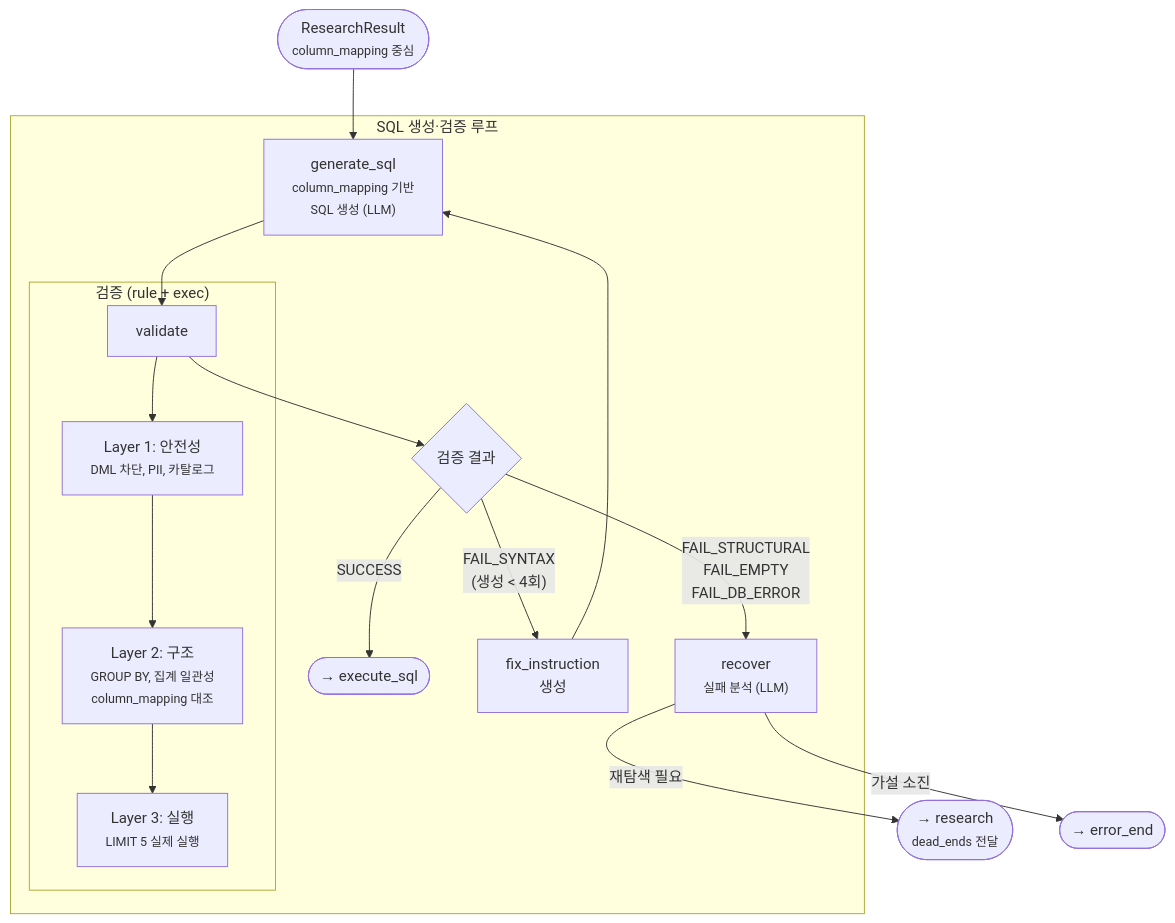
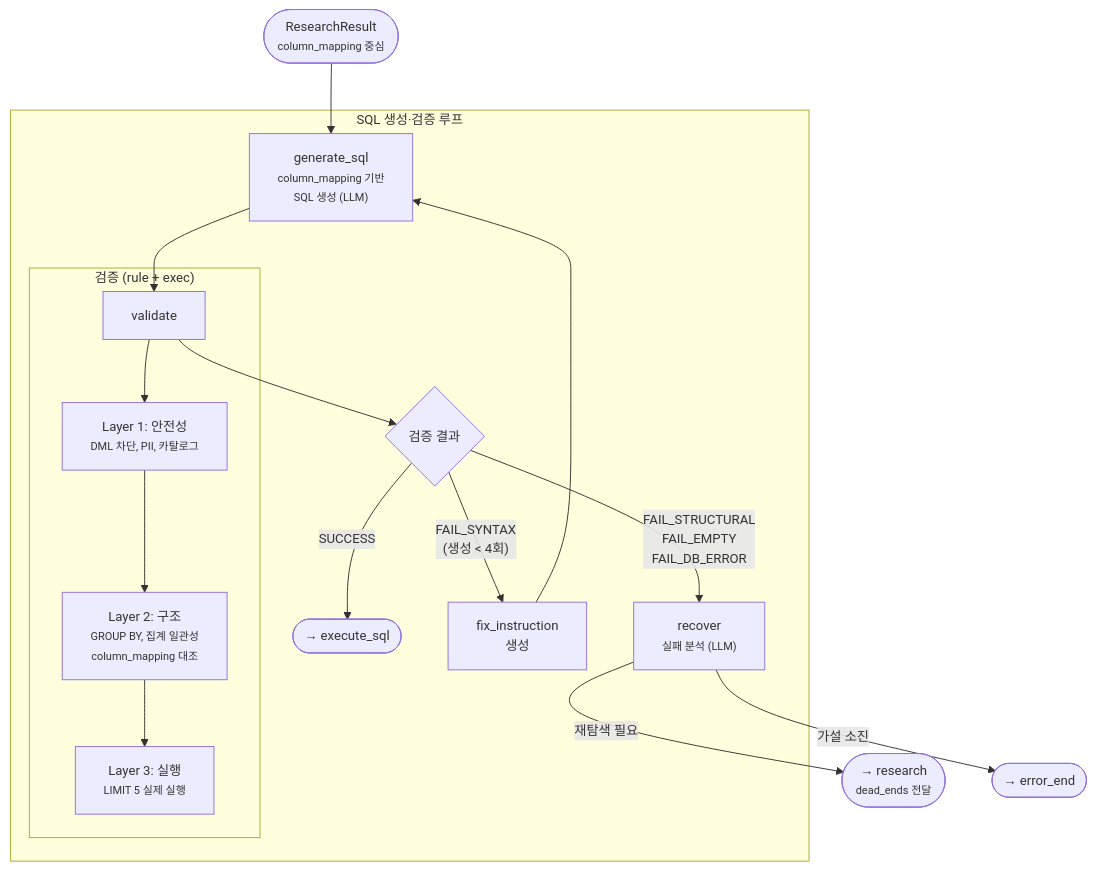
One commit to cheol-hee-han/data-copilot changed the fourth of 6 diagrams in docs/architecture/large-model-architecture.md. Above: the diagram before and after it, drawn with Mermaid. The commit also changed other lines of this file and 254 other files, not shown here.

````diff
--- a/docs/architecture/large-model-architecture.md
+++ b/docs/architecture/large-model-architecture.md
@@ -801,26 +820,31 @@
 ```mermaid
+---
+config:
+  themeVariables:
+    fontSize: 14px
+---
 flowchart TD
     RES(["ResearchResult<br/><small>column_mapping 중심</small>"]) --> GEN
 
     subgraph gen_loop["SQL 생성·검증 루프"]
         GEN["generate_sql<br/><small>column_mapping 기반<br/>SQL 생성 (LLM)</small>"]
         GEN --> VAL
 
         subgraph validation["검증 (rule + exec)"]
             VAL["validate"]
             VAL --> L1["Layer 1: 안전성<br/><small>DML 차단, PII, 카탈로그</small>"]
             L1 --> L2["Layer 2: 구조<br/><small>GROUP BY, 집계 일관성<br/>column_mapping 대조</small>"]
             L2 --> L3["Layer 3: 실행<br/><small>LIMIT 5 실제 실행</small>"]
         end
 
         VAL --> RESULT{"검증 결과"}
         RESULT -->|SUCCESS| EXEC(["→ execute_sql"])
         RESULT -->|"FAIL_SYNTAX<br/>(생성 < 4회)"| FIX["fix_instruction<br/>생성"]
         FIX --> GEN
         RESULT -->|"FAIL_STRUCTURAL<br/>FAIL_EMPTY<br/>FAIL_DB_ERROR"| REC
     end
 
     REC["recover<br/><small>실패 분석 (LLM)</small>"]
     REC -->|"재탐색 필요"| RE_RESEARCH(["→ research<br/><small>dead_ends 전달</small>"])
     REC -->|"가설 소진"| ERR(["→ error_end"])
 ```
````
